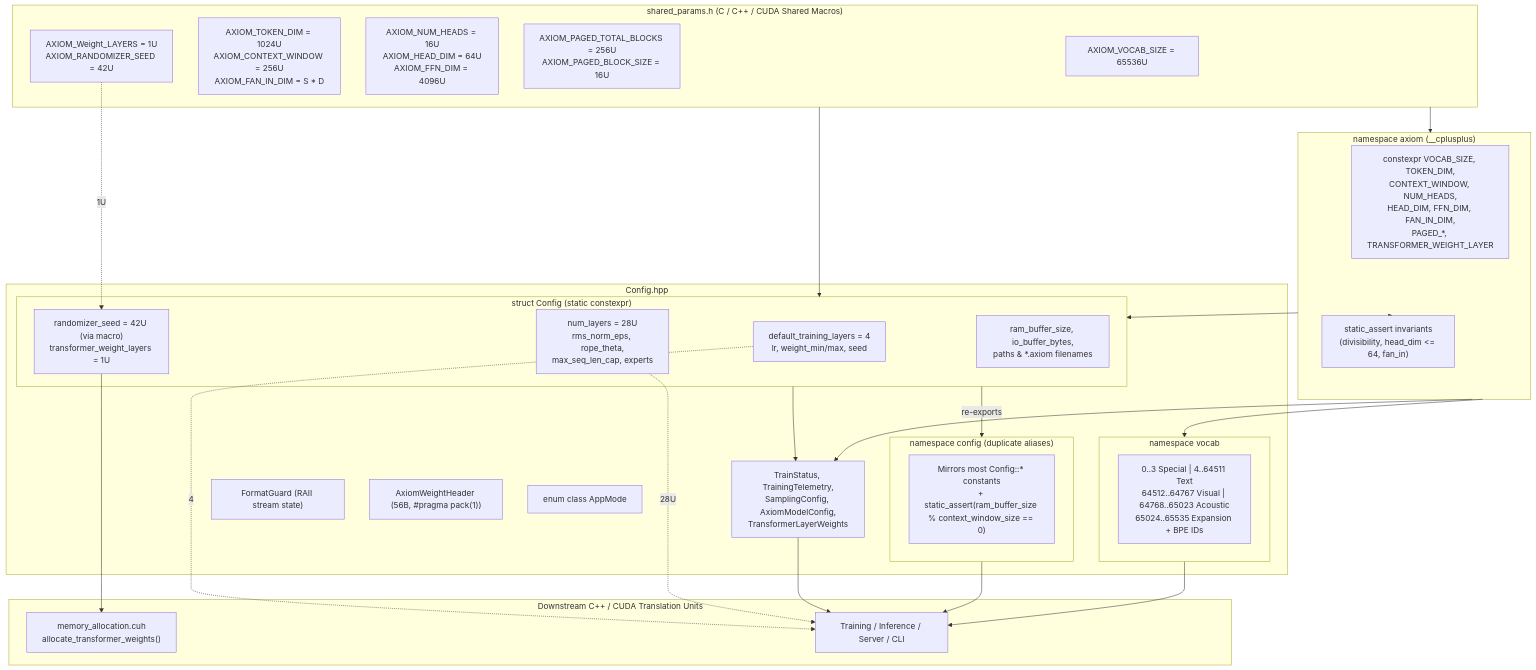
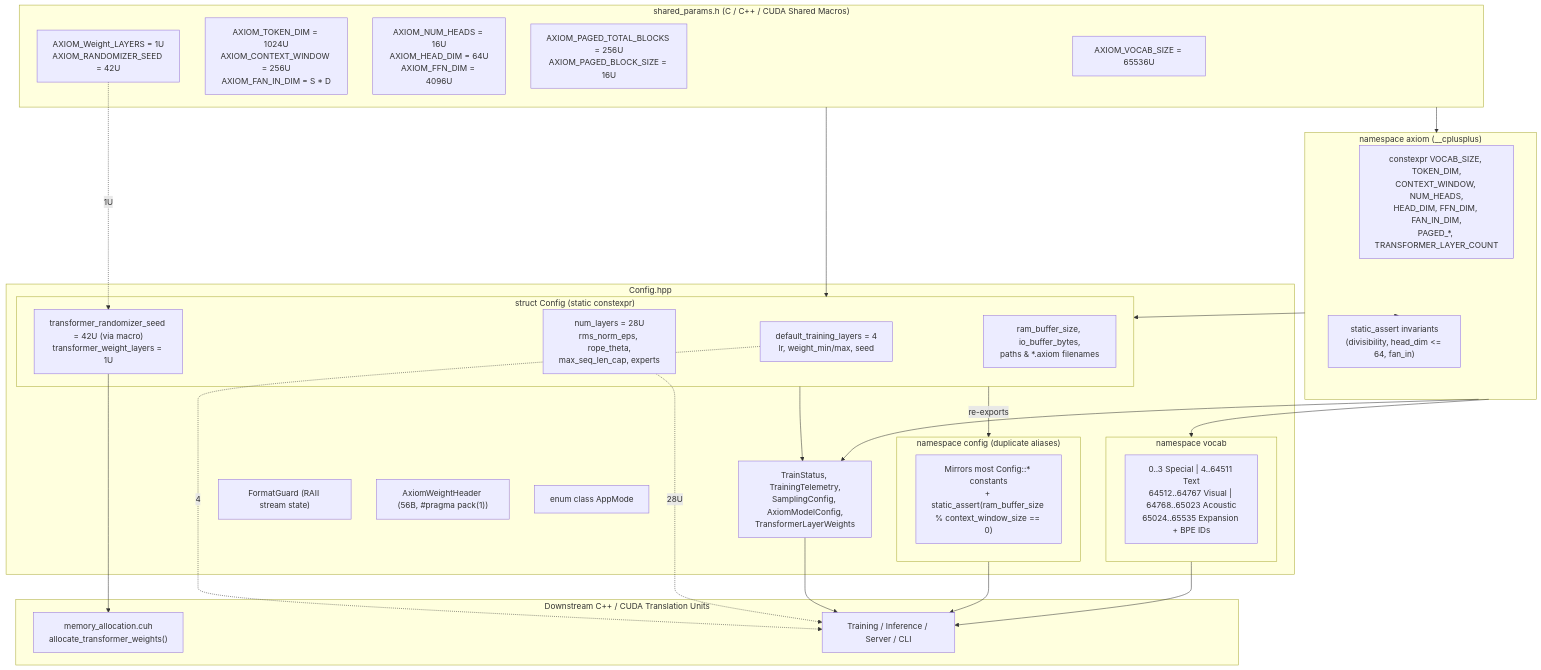
Before and after one commit to omid2007hope/PROJECT-AXIOM-AI-LLM: the first of 2 diagrams in README.md, drawn with Mermaid. The commit also changed 6 other files, not shown here.

````diff
--- a/README.md
+++ b/README.md
@@ -86,60 +86,60 @@
 ```mermaid
 flowchart TB
     subgraph SP["shared_params.h (C / C++ / CUDA Shared Macros)"]
         M_VOCAB["AXIOM_VOCAB_SIZE = 65536U"]
         M_DIM["AXIOM_TOKEN_DIM = 1024U<br/>AXIOM_CONTEXT_WINDOW = 256U<br/>AXIOM_FAN_IN_DIM = S * D"]
         M_ATTN["AXIOM_NUM_HEADS = 16U<br/>AXIOM_HEAD_DIM = 64U<br/>AXIOM_FFN_DIM = 4096U"]
         M_PAGED["AXIOM_PAGED_TOTAL_BLOCKS = 256U<br/>AXIOM_PAGED_BLOCK_SIZE = 16U"]
         M_LAYERS["AXIOM_Weight_LAYERS = 1U<br/>AXIOM_RANDOMIZER_SEED = 42U"]
     end
 
     subgraph NS_AXIOM["namespace axiom (__cplusplus)"]
-        C_CONST["constexpr VOCAB_SIZE, TOKEN_DIM,<br/>CONTEXT_WINDOW, NUM_HEADS,<br/>HEAD_DIM, FFN_DIM, FAN_IN_DIM,<br/>PAGED_*, TRANSFORMER_WEIGHT_LAYER"]
+        C_CONST["constexpr VOCAB_SIZE, TOKEN_DIM,<br/>CONTEXT_WINDOW, NUM_HEADS,<br/>HEAD_DIM, FFN_DIM, FAN_IN_DIM,<br/>PAGED_*, TRANSFORMER_LAYER_COUNT"]
         C_ASSERT["static_assert invariants<br/>(divisibility, head_dim <= 64, fan_in)"]
     end
 
     subgraph CFG_HPP["Config.hpp"]
         F_GUARD["FormatGuard (RAII stream state)"]
         W_HDR["AxiomWeightHeader (56B, #pragma pack(1))"]
         MODE_ENUM["enum class AppMode"]
 
         subgraph STRUCT_CFG["struct Config (static constexpr)"]
             SC_TRAIN["default_training_layers = 4<br/>lr, weight_min/max, seed"]
             SC_ARCH["num_layers = 28U<br/>rms_norm_eps, rope_theta,<br/>max_seq_len_cap, experts"]
-            SC_ALLOC["randomizer_seed = 42U (via macro)<br/>transformer_weight_layers = 1U"]
+            SC_ALLOC["transformer_randomizer_seed = 42U (via macro)<br/>transformer_weight_layers = 1U"]
             SC_IO["ram_buffer_size, io_buffer_bytes,<br/>paths & *.axiom filenames"]
         end
 
         subgraph NS_CFG["namespace config (duplicate aliases)"]
             NC_ALIAS["Mirrors most Config::* constants<br/>+ static_assert(ram_buffer_size % context_window_size == 0)"]
         end
 
         subgraph NS_VOCAB["namespace vocab"]
             V_SLOTS["0..3 Special | 4..64511 Text<br/>64512..64767 Visual | 64768..65023 Acoustic<br/>65024..65535 Expansion + BPE IDs"]
         end
 
         RUNTIME_S["TrainStatus, TrainingTelemetry,<br/>SamplingConfig, AxiomModelConfig,<br/>TransformerLayerWeights"]
     end
 
     subgraph CONSUMERS["Downstream C++ / CUDA Translation Units"]
         CU_ALLOC["memory_allocation.cuh<br/>allocate_transformer_weights()"]
         ENGINE["Training / Inference / Server / CLI"]
     end
 
     SP --> NS_AXIOM
     NS_AXIOM --> C_ASSERT
     SP --> STRUCT_CFG
     NS_AXIOM --> STRUCT_CFG
     STRUCT_CFG -->|"re-exports"| NS_CFG
     NS_AXIOM --> NS_VOCAB
     STRUCT_CFG --> RUNTIME_S
     NS_AXIOM --> RUNTIME_S
 
     M_LAYERS -.->|"1U"| SC_ALLOC
     SC_TRAIN -.->|"4"| ENGINE
     SC_ARCH -.->|"28U"| ENGINE
     SC_ALLOC --> CU_ALLOC
     NS_CFG --> ENGINE
     NS_VOCAB --> ENGINE
     RUNTIME_S --> ENGINE
 ```
````
